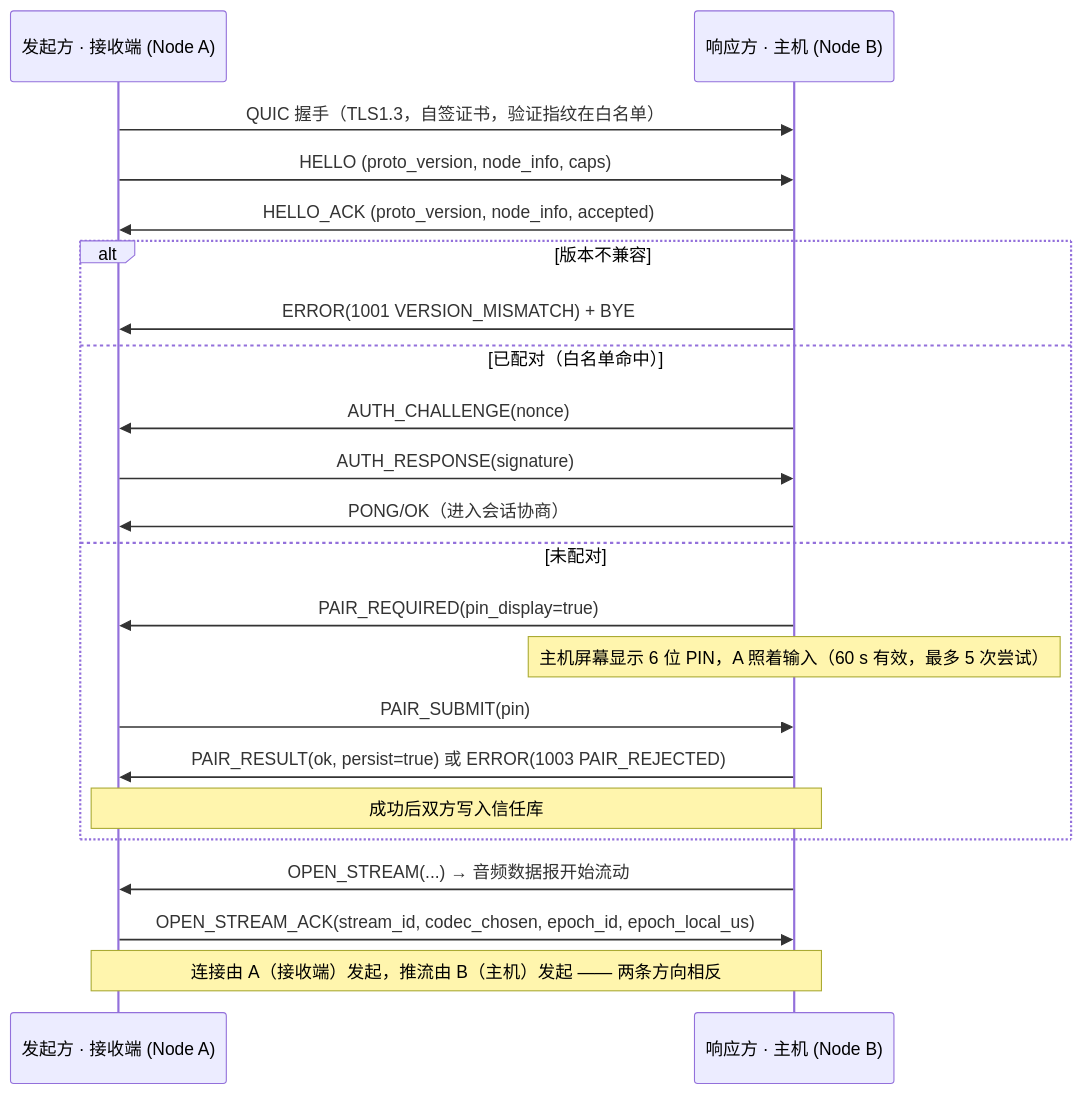
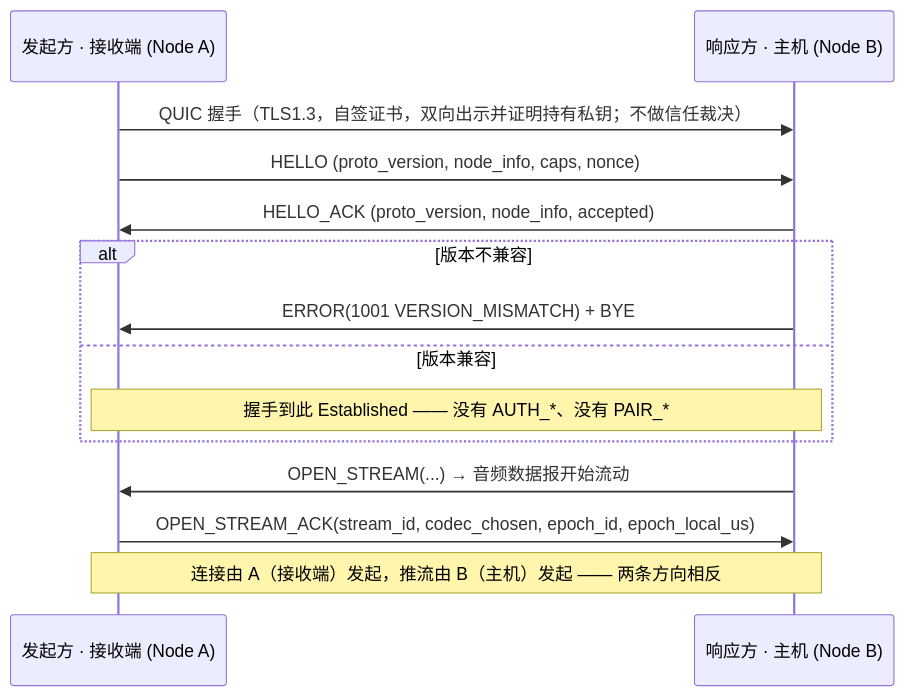
Before and after one commit to GotKiCry/AudioLink: the diagram in docs/03-protocol.md, drawn with Mermaid. The commit also changed other lines of this file and 236 other files, not shown here.

````diff
--- a/docs/03-protocol.md
+++ b/docs/03-protocol.md
@@ -204,25 +201,17 @@
 ```mermaid
 sequenceDiagram
     participant A as 发起方 · 接收端 (Node A)
     participant B as 响应方 · 主机 (Node B)
 
-    A->>B: QUIC 握手（TLS1.3，自签证书，验证指纹在白名单）
-    A->>B: HELLO (proto_version, node_info, caps)
+    A->>B: QUIC 握手（TLS1.3，自签证书，双向出示并证明持有私钥；不做信任裁决）
+    A->>B: HELLO (proto_version, node_info, caps, nonce)
     B->>A: HELLO_ACK (proto_version, node_info, accepted)
     alt 版本不兼容
         B->>A: ERROR(1001 VERSION_MISMATCH) + BYE
-    else 已配对（白名单命中）
-        B->>A: AUTH_CHALLENGE(nonce)
-        A->>B: AUTH_RESPONSE(signature)
-        B->>A: PONG/OK（进入会话协商）
-    else 未配对
-        B->>A: PAIR_REQUIRED(pin_display=true)
-        Note over B: 主机屏幕显示 6 位 PIN，A 照着输入（60 s 有效，最多 5 次尝试）
-        A->>B: PAIR_SUBMIT(pin)
-        B->>A: PAIR_RESULT(ok, persist=true) 或 ERROR(1003 PAIR_REJECTED)
-        Note over A,B: 成功后双方写入信任库
+    else 版本兼容
+        Note over A,B: 握手到此 Established —— 没有 AUTH_*、没有 PAIR_*
     end
     B->>A: OPEN_STREAM(...) → 音频数据报开始流动
     A->>B: OPEN_STREAM_ACK(stream_id, codec_chosen, epoch_id, epoch_local_us)
     Note over A,B: 连接由 A（接收端）发起，推流由 B（主机）发起 —— 两条方向相反
 ```
````
